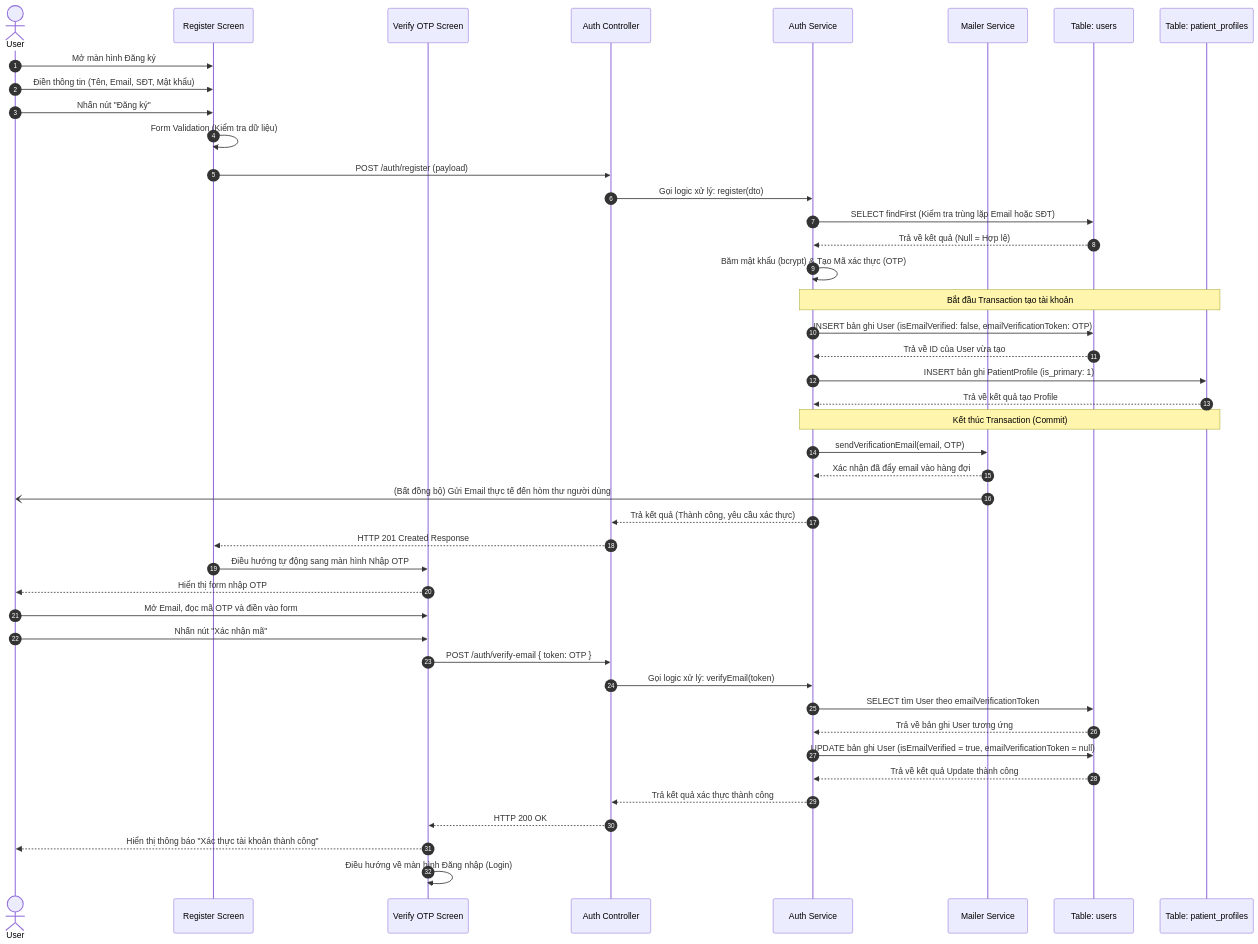
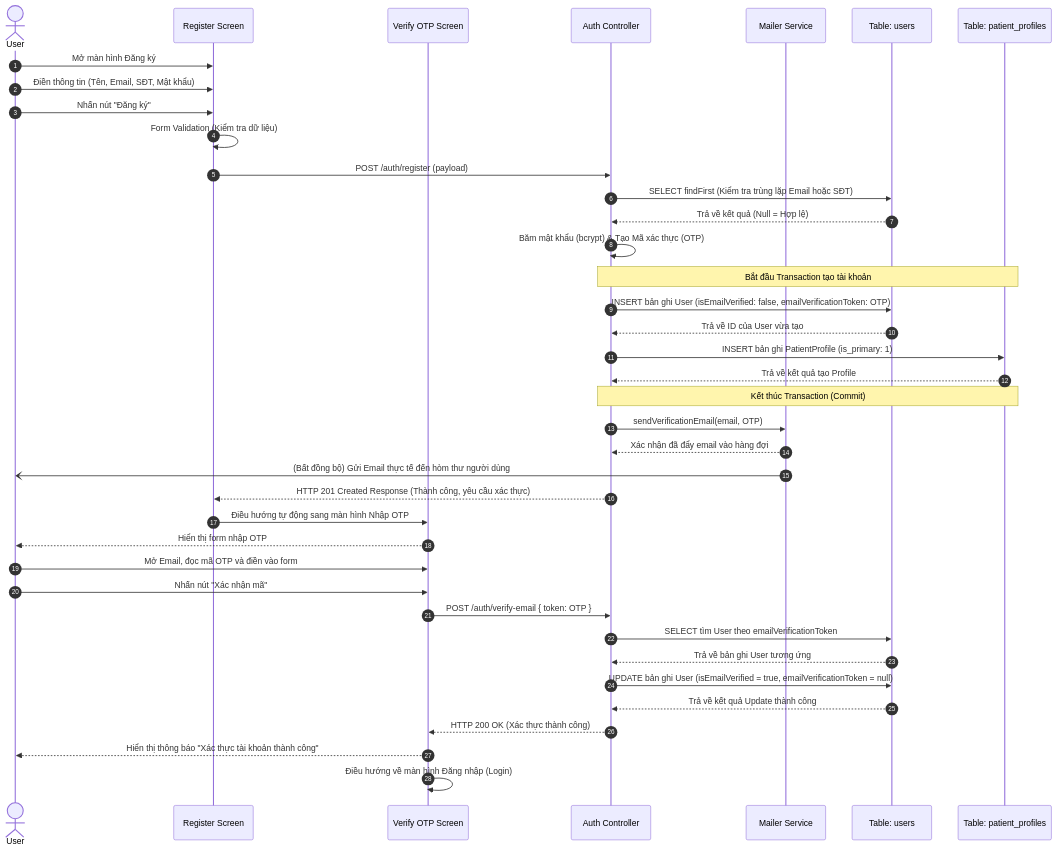
Before and after one commit to baosatboiz/asd: the diagram in README.md, drawn with Mermaid. The commit also changed other lines of this file, not shown here.

````diff
--- a/README.md
+++ b/README.md
@@ -5,71 +7,66 @@
 ```mermaid
 sequenceDiagram
     autonumber
     actor User as User
     participant MobileApp as Register Screen
     participant VerifyScreen as Verify OTP Screen
     participant AuthCtrl as Auth Controller
-    participant AuthSvc as Auth Service
     participant MailSvc as Mailer Service
     participant DBUser as Table: users
     participant DBProfile as Table: patient_profiles
 
     %% 1. QUÁ TRÌNH ĐĂNG KÝ CƠ BẢN
     User->>MobileApp: Mở màn hình Đăng ký
     User->>MobileApp: Điền thông tin (Tên, Email, SĐT, Mật khẩu)
     User->>MobileApp: Nhấn nút "Đăng ký"
     
     MobileApp->>MobileApp: Form Validation (Kiểm tra dữ liệu)
     
     %% Gọi API Đăng ký
     MobileApp->>AuthCtrl: POST /auth/register (payload)
-    AuthCtrl->>AuthSvc: Gọi logic xử lý: register(dto)
     
-    %% Xử lý nghiệp vụ Backend
-    AuthSvc->>DBUser: SELECT findFirst (Kiểm tra trùng lặp Email hoặc SĐT)
-    DBUser-->>AuthSvc: Trả về kết quả (Null = Hợp lệ)
+    %% Xử lý nghiệp vụ Backend tại Controller
+    AuthCtrl->>DBUser: SELECT findFirst (Kiểm tra trùng lặp Email hoặc SĐT)
+    DBUser-->>AuthCtrl: Trả về kết quả (Null = Hợp lệ)
     
-    AuthSvc->>AuthSvc: Băm mật khẩu (bcrypt) & Tạo Mã xác thực (OTP)
+    AuthCtrl->>AuthCtrl: Băm mật khẩu (bcrypt) & Tạo Mã xác thực (OTP)
     
     %% Database Transaction
-    Note over AuthSvc,DBProfile: Bắt đầu Transaction tạo tài khoản
-    AuthSvc->>DBUser: INSERT bản ghi User (isEmailVerified: false, emailVerificationToken: OTP)
-    DBUser-->>AuthSvc: Trả về ID của User vừa tạo
+    Note over AuthCtrl,DBProfile: Bắt đầu Transaction tạo tài khoản
+    AuthCtrl->>DBUser: INSERT bản ghi User (isEmailVerified: false, emailVerificationToken: OTP)
+    DBUser-->>AuthCtrl: Trả về ID của User vừa tạo
     
-    AuthSvc->>DBProfile: INSERT bản ghi PatientProfile (is_primary: 1)
-    DBProfile-->>AuthSvc: Trả về kết quả tạo Profile
-    Note over AuthSvc,DBProfile: Kết thúc Transaction (Commit)
+    AuthCtrl->>DBProfile: INSERT bản ghi PatientProfile (is_primary: 1)
+    DBProfile-->>AuthCtrl: Trả về kết quả tạo Profile
+    Note over AuthCtrl,DBProfile: Kết thúc Transaction (Commit)
     
     %% Gửi Email
-    AuthSvc->>MailSvc: sendVerificationEmail(email, OTP)
-    MailSvc-->>AuthSvc: Xác nhận đã đẩy email vào hàng đợi
+    AuthCtrl->>MailSvc: sendVerificationEmail(email, OTP)
+    MailSvc-->>AuthCtrl: Xác nhận đã đẩy email vào hàng đợi
     MailSvc-)User: (Bất đồng bộ) Gửi Email thực tế đến hòm thư người dùng
     
     %% Phản hồi Đăng ký thành công (nhưng chưa verify)
-    AuthSvc-->>AuthCtrl: Trả kết quả (Thành công, yêu cầu xác thực)
-    AuthCtrl-->>MobileApp: HTTP 201 Created Response
+    AuthCtrl-->>MobileApp: HTTP 201 Created Response (Thành công, yêu cầu xác thực)
     
     %% 2. QUÁ TRÌNH XÁC THỰC EMAIL (VERIFY)
     MobileApp->>VerifyScreen: Điều hướng tự động sang màn hình Nhập OTP
     VerifyScreen-->>User: Hiển thị form nhập OTP
     
     User->>VerifyScreen: Mở Email, đọc mã OTP và điền vào form
     User->>VerifyScreen: Nhấn nút "Xác nhận mã"
     
     VerifyScreen->>AuthCtrl: POST /auth/verify-email { token: OTP }
-    AuthCtrl->>AuthSvc: Gọi logic xử lý: verifyEmail(token)
     
-    %% Xử lý Verify Backend
-    AuthSvc->>DBUser: SELECT tìm User theo emailVerificationToken
-    DBUser-->>AuthSvc: Trả về bản ghi User tương ứng
+    %% Xử lý Verify Backend tại Controller
+    AuthCtrl->>DBUser: SELECT tìm User theo emailVerificationToken
+    DBUser-->>AuthCtrl: Trả về bản ghi User tương ứng
     
-    AuthSvc->>DBUser: UPDATE bản ghi User (isEmailVerified = true, emailVerificationToken = null)
-    DBUser-->>AuthSvc: Trả về kết quả Update thành công
+    AuthCtrl->>DBUser: UPDATE bản ghi User (isEmailVerified = true, emailVerificationToken = null)
+    DBUser-->>AuthCtrl: Trả về kết quả Update thành công
     
-    AuthSvc-->>AuthCtrl: Trả kết quả xác thực thành công
-    AuthCtrl-->>VerifyScreen: HTTP 200 OK
+    AuthCtrl-->>VerifyScreen: HTTP 200 OK (Xác thực thành công)
     
     %% Kết thúc và Đăng nhập
     VerifyScreen-->>User: Hiển thị thông báo "Xác thực tài khoản thành công"
     VerifyScreen->>VerifyScreen: Điều hướng về màn hình Đăng nhập (Login)
 ```
````
